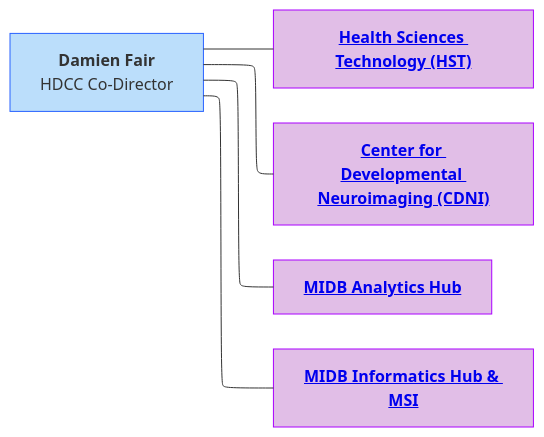
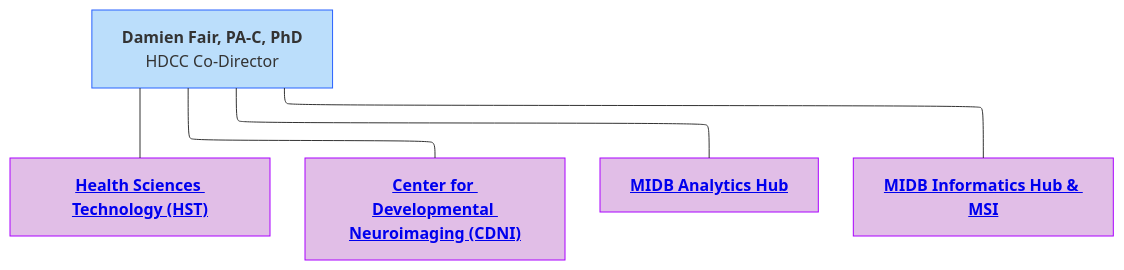
One commit to DCAN-Labs/hbcd-docs-internal changed the second of 12 diagrams in docs/orgcharts.md. Above: the diagram before and after it, drawn with Mermaid.

Commit message:
UMN org chart

````diff
--- a/docs/orgcharts.md
+++ b/docs/orgcharts.md
@@ -98,21 +98,21 @@
 ```mermaid
 ---
 config:
   layout: elk
 ---
-flowchart LR
-    A["<b>Damien Fair</b><br>HDCC Co-Director"] 
+flowchart TB
+    A["<b>Damien Fair, PA-C, PhD</b><br>HDCC Co-Director"] 
     A --- B["<a href="#health-sciences-technology" target="_top"><b>Health Sciences Technology (HST)</b></a>"]
     A --- C["<a href="#center-for-developmental-neuroimaging" target="_top"><b>Center for Developmental Neuroimaging (CDNI)</b></a>"]
     A --- D["<a href="#midb-analytics-hub" target="_top"><b>MIDB Analytics Hub</b></a>"]
     A --- E["<a href="#midb-informatics-hub-msi" target="_top"><b>MIDB Informatics Hub & MSI</b></a>"]
     style A fill:#BBDEFB,stroke:#2962FF
     style B fill:#E1BEE7,stroke:#AA00FF
     style C fill:#E1BEE7,stroke:#AA00FF
     style D fill:#E1BEE7,stroke:#AA00FF
     style E fill:#E1BEE7,stroke:#AA00FF
     click B "#health-sciences-technology"
     click C "#center-for-developmental-neuroimaging"
     click D "#midb-analytics-hub"
     click E "#midb-informatics-hub-msi"
 ```
````
